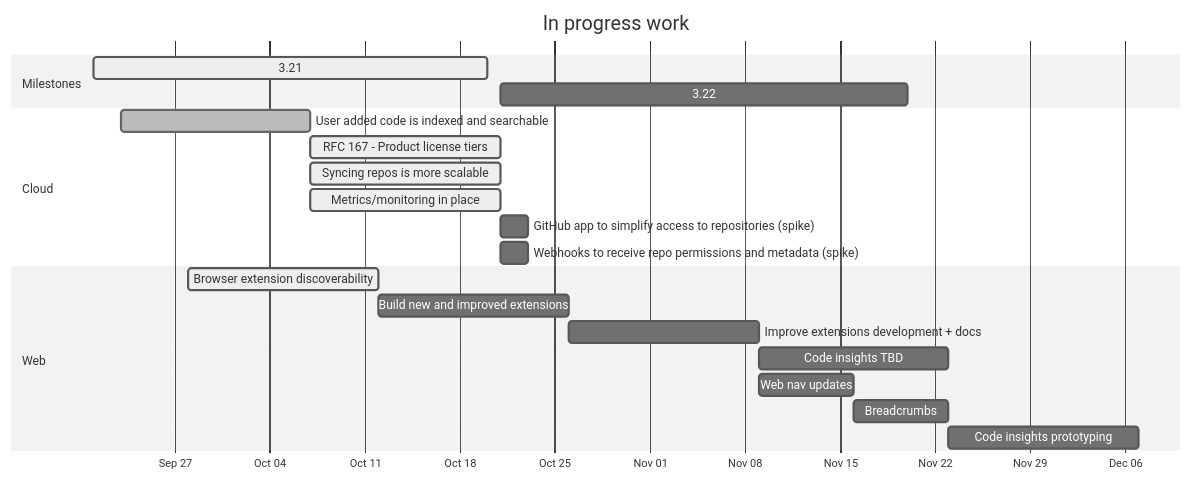
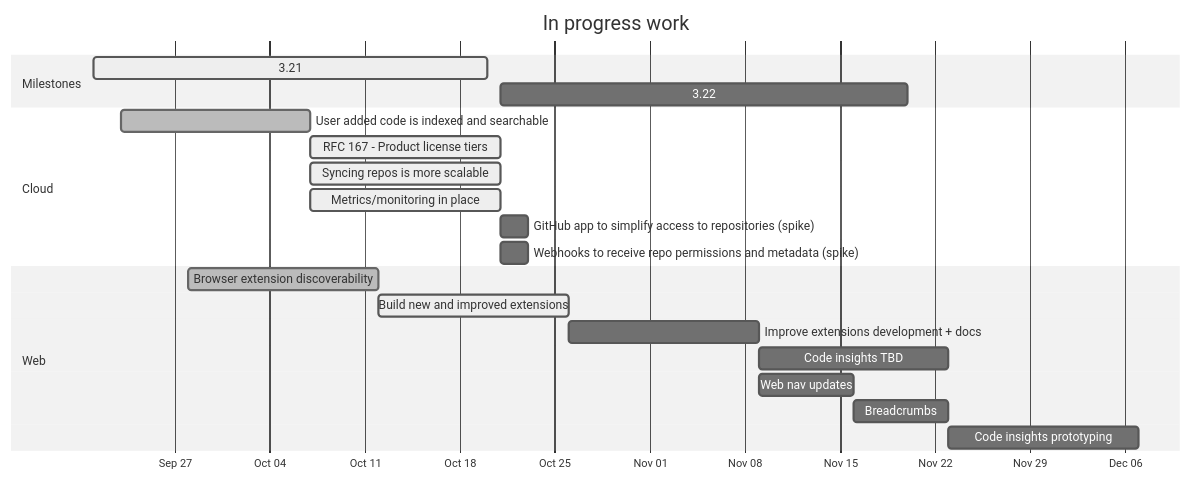
One commit to sourcegraph/about changed the diagram in handbook/product/roadmap.md. Above: the diagram before and after it, drawn with Mermaid (neutral theme).

Commit message:
and updating mermaid statuses as well

```diff
--- a/handbook/product/roadmap.md
+++ b/handbook/product/roadmap.md
@@ -7,37 +7,37 @@
 <pre class="mermaid" data-rendered-width="150%" data-scroll-right="50%">
 gantt
     title In progress work
     dateFormat YYYY-MM-DD
     axisFormat %b %d
 
 section Milestones
     3.21 :active, release-3.21, 2020-09-21, 2020-10-20
     3.22 :        release-3.22, 2020-10-21, 2020-11-20
 
 %% section Campaigns
 %%     TO DO :active, after release-3.21, 30d
 
 section Cloud
     User added code is indexed and searchable                 :done,   2020-09-23, 2020-10-07
     RFC 167 - Product license tiers                           :active, 2020-10-07, 14d
     Syncing repos is more scalable                            :active, 2020-10-07, 14d
     Metrics/monitoring in place                               :active, 2020-10-07, 14d
     GitHub app to simplify access to repositories (spike)     :        2020-10-21, 2d
     Webhooks to receive repo permissions and metadata (spike) :        2020-10-21, 2d
 
 %% section Code intel
 %%     TO DO :active, after release-3.21, 30d
 
 section Web
-    Browser extension discoverability                         :active, 2020-09-28, 14d
-    Build new and improved extensions                         :         2020-10-12, 14d
-    Improve extensions development + docs                   :         2020-10-26, 14d
+    Browser extension discoverability                         :done,    2020-09-28, 14d
+    Build new and improved extensions                         :active,   2020-10-12, 14d
+    Improve extensions development + docs                     :         2020-10-26, 14d
     Code insights TBD                                         :         2020-11-09, 14d
     Web nav updates                                           :         2020-11-09, 7d
     Breadcrumbs                                               :         2020-11-16, 7d
     Code insights prototyping                                 :         2020-11-23, 14d
 %%     TO DO :active, after release-3.21, 30d
 
 %% section Search
 %%     TO DO :active, after release-3.21, 30d
 </pre>
```
